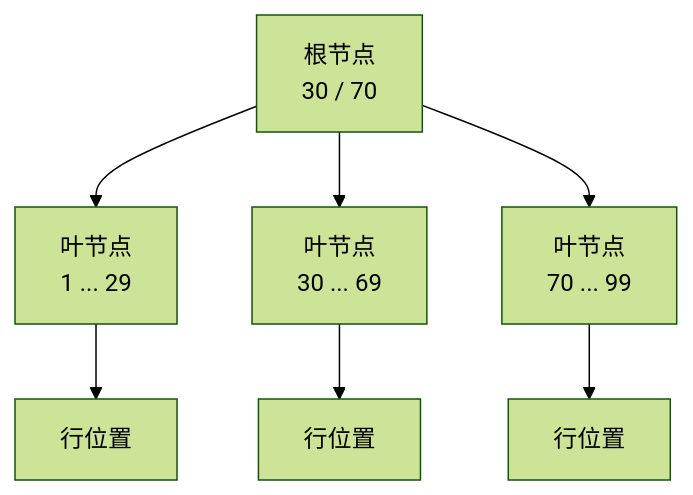
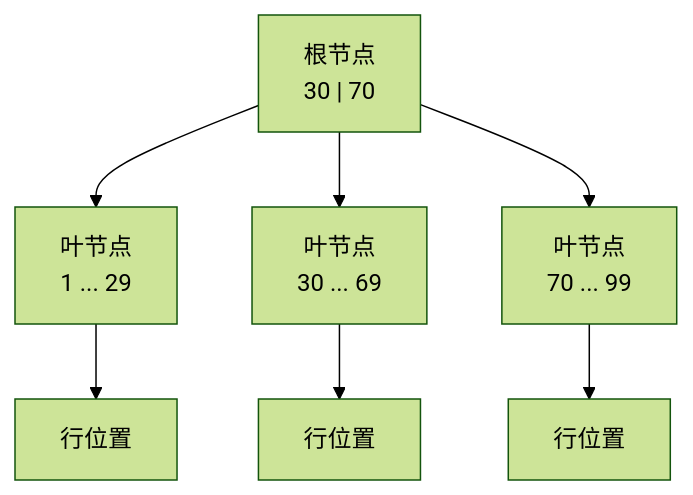
Before and after one commit to DiStanceQAQ/blog-astro: the first of 3 diagrams in src/content/posts/4-3-索引为什么能加速查询.md, drawn with Mermaid (forest theme). The commit also changed 2 other files, not shown here.

Commit message:
Preserve Mermaid diagram labels

````diff
--- a/src/content/posts/4-3-索引为什么能加速查询.md
+++ b/src/content/posts/4-3-索引为什么能加速查询.md
@@ -42,10 +42,10 @@
 ```mermaid
 flowchart TB
-    R[根节点<br/>30 / 70]
+    R["根节点<br/>30 | 70"]
     R --> A[叶节点<br/>1 ... 29]
     R --> B[叶节点<br/>30 ... 69]
     R --> C[叶节点<br/>70 ... 99]
     A --> A1[行位置]
     B --> B1[行位置]
     C --> C1[行位置]
 ```
````
